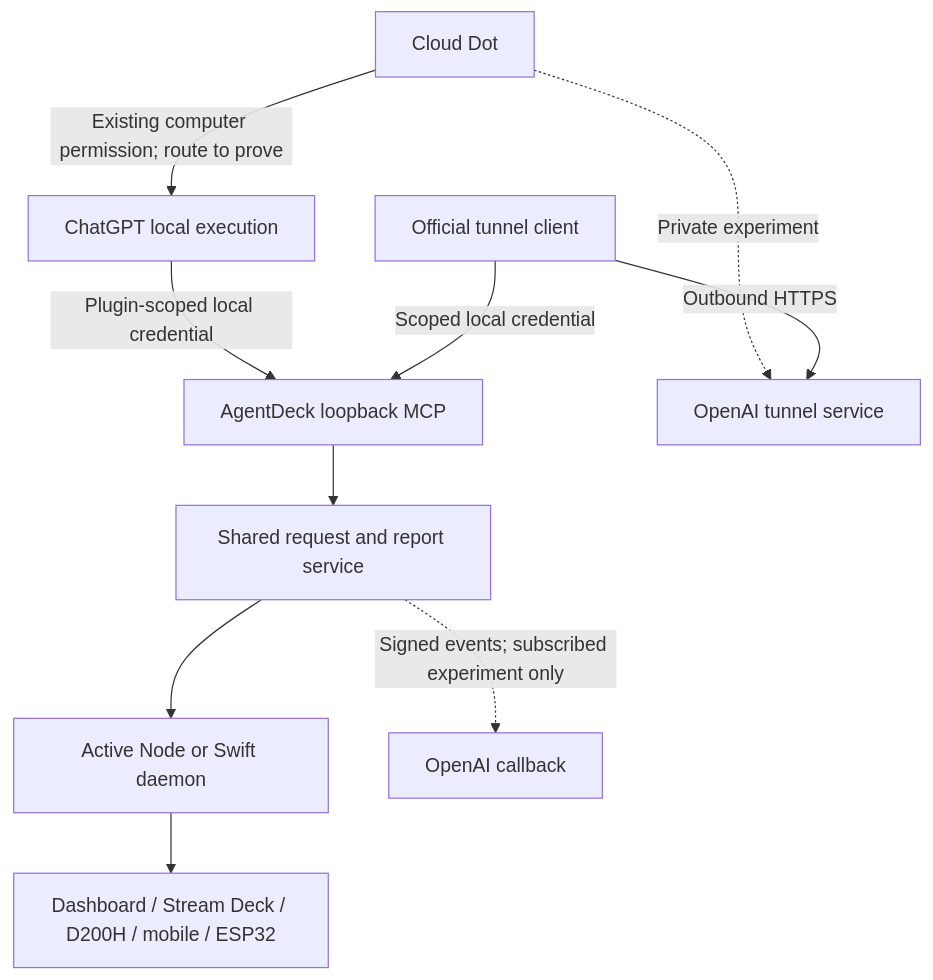
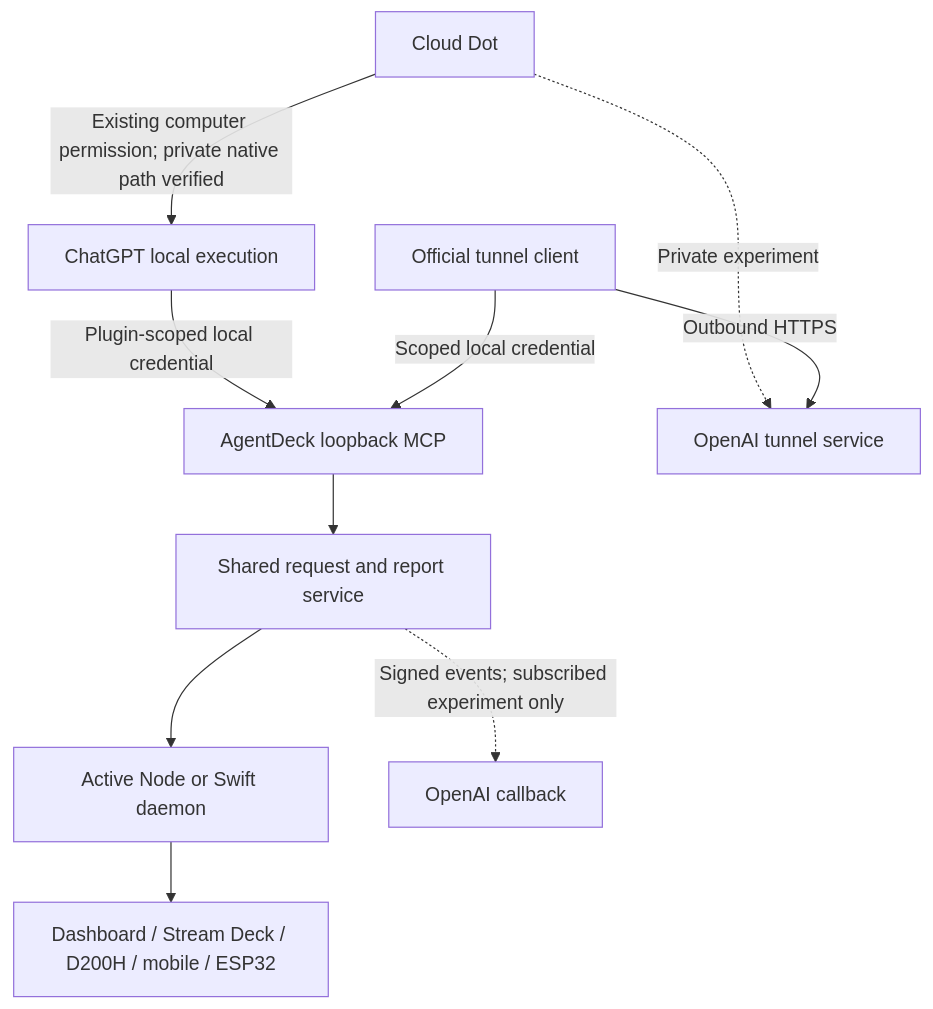
One commit to puritysb/AgentDeck changed the diagram in docs/dot-distribution-decision.md. Above: the diagram before and after it, drawn with Mermaid. The commit also changed other lines of this file and 54 other files, not shown here.

First line of the commit message:
wip(dot): preserve local-route native client and journey experiments

````diff
--- a/docs/dot-distribution-decision.md
+++ b/docs/dot-distribution-decision.md
@@ -66,12 +549,12 @@
 ```mermaid
 flowchart TB
-    Dot[Cloud Dot] -->|Existing computer permission; route to prove| Local[ChatGPT local execution]
+    Dot[Cloud Dot] -->|Existing computer permission; private native path verified| Local[ChatGPT local execution]
     Local -->|Plugin-scoped local credential| MCP[AgentDeck loopback MCP]
     MCP --> Store[Shared request and report service]
     Store --> Hub[Active Node or Swift daemon]
     Hub --> Devices[Dashboard / Stream Deck / D200H / mobile / ESP32]
     Dot -.->|Private experiment| Tunnel[OpenAI tunnel service]
     Client[Official tunnel client] -->|Outbound HTTPS| Tunnel
     Client -->|Scoped local credential| MCP
     Store -.->|Signed events; subscribed experiment only| Callback[OpenAI callback]
 ```
````
